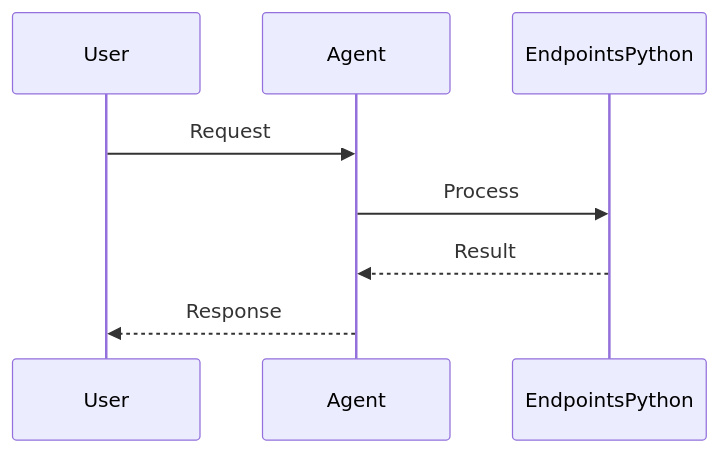
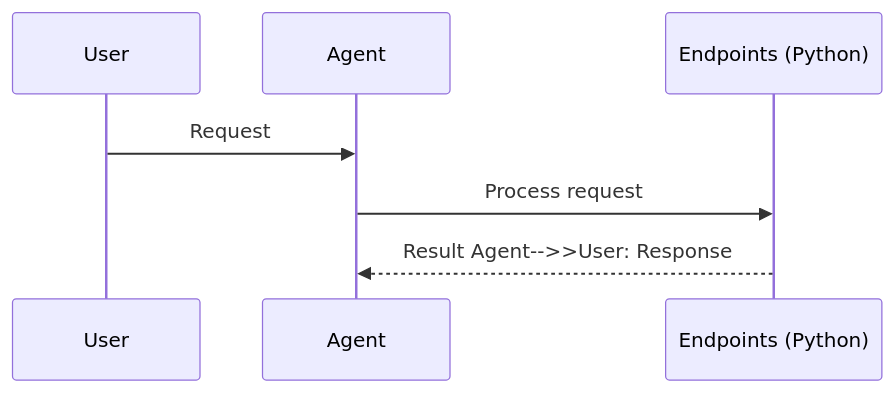
One commit to MervinPraison/PraisonAIDocs changed the second of 2 diagrams in docs/features/endpoints-code.mdx. Above: the diagram before and after it, drawn with Mermaid. The commit also changed 204 other files, not shown here.

First line of the commit message:
docs: align feature/tool pages with AGENTS.md hero + sequence + import standards (fixes #1775)

````diff
--- a/docs/features/endpoints-code.mdx
+++ b/docs/features/endpoints-code.mdx
@@ -55,11 +55,10 @@
 ```mermaid
 sequenceDiagram
     participant User
     participant Agent
-    participant EndpointsPython
+    participant Feature as Endpoints (Python)
 
     User->>Agent: Request
-    Agent->>EndpointsPython: Process
-    EndpointsPython-->>Agent: Result
-    Agent-->>User: Response
+    Agent->>Feature: Process request
+    Feature-->>Agent: Result    Agent-->>User: Response
 ```
````
